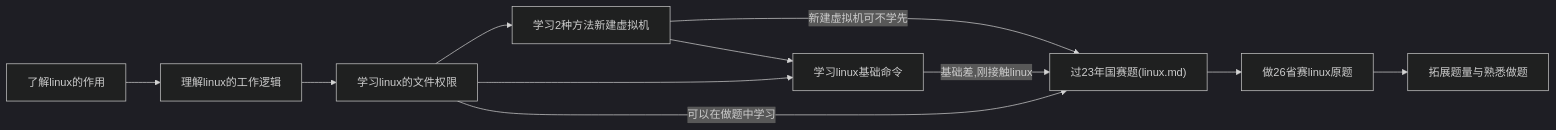
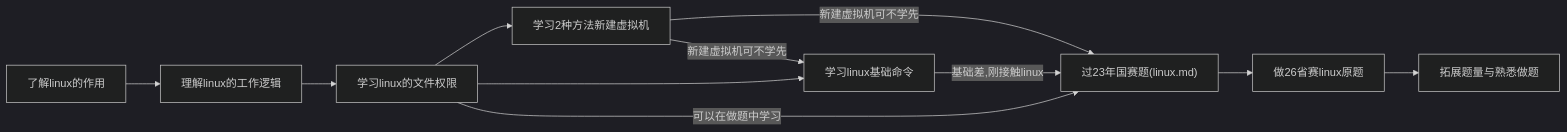
The diagram in linux_note/README_linux.md (ICrazybabyI/note), drawn with Mermaid (dark theme) before and after one commit.

Commit message:
vault backup: 2026-04-26 21:59:58

````diff
--- a/linux_note/README_linux.md
+++ b/linux_note/README_linux.md
@@ -2,13 +2,13 @@
 ```mermaid
 graph LR;
   A["了解linux的作用"] --> B["理解linux的工作逻辑"];
   B --> C["学习linux的文件权限"];
   C --> D["学习2种方法新建虚拟机"];
   C --> E["学习linux基础命令"];
   E -->|基础差,刚接触linux| F["过23年国赛题(linux.md)"];
   C -->|可以在做题中学习| F;
   D -->|新建虚拟机可不学先| F;
-  D --> E;
+  D -->|新建虚拟机可不学先| E;
   F --> G["做26省赛linux原题"];
   G --> H["拓展题量与熟悉做题"];
 ```
````
